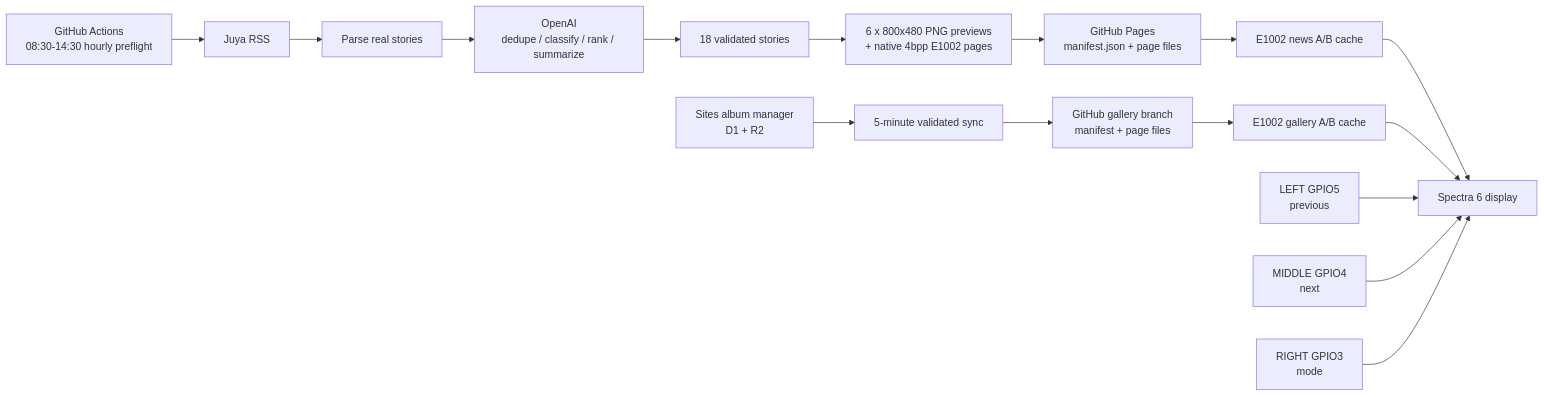
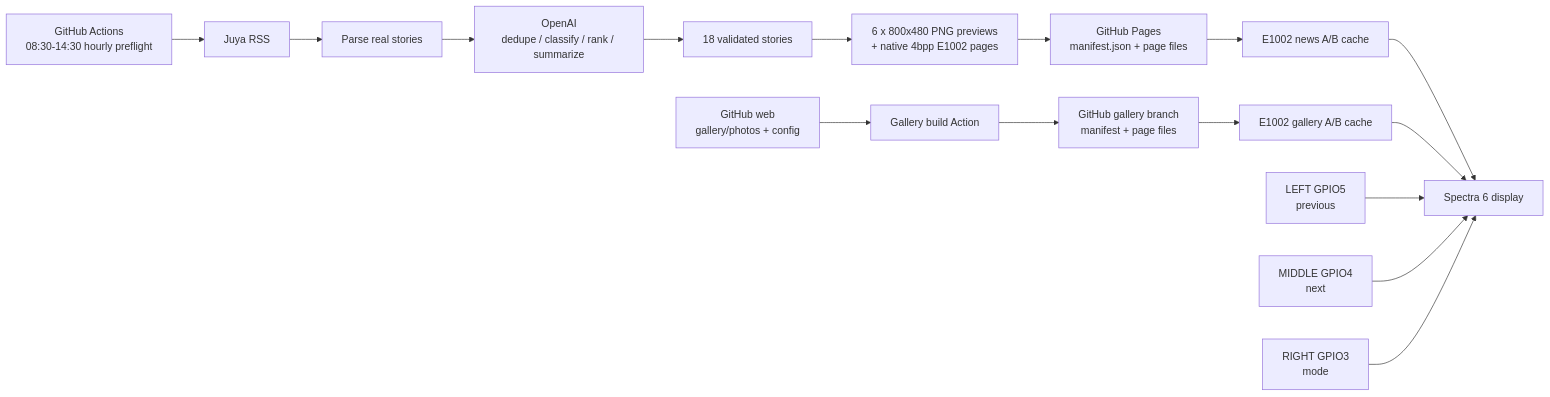
The diagram in README.md (hunter118/e1002-ai-news), drawn with Mermaid before and after one commit. The commit also changed other lines of this file and 10 other files, not shown here.

Commit message:
Move gallery management to GitHub

````diff
--- a/README.md
+++ b/README.md
@@ -7,18 +7,18 @@
 ```mermaid
 flowchart LR
     A[GitHub Actions<br>08:30-14:30 hourly preflight] --> B[Juya RSS]
     B --> C[Parse real stories]
     C --> D[OpenAI<br>dedupe / classify / rank / summarize]
     D --> E[18 validated stories]
     E --> F[6 x 800x480 PNG previews<br>+ native 4bpp E1002 pages]
     F --> G[GitHub Pages<br>manifest.json + page files]
     G --> H[E1002 news A/B cache]
-    J[Sites album manager<br>D1 + R2] --> K[5-minute validated sync]
+    J[GitHub web<br>gallery/photos + config] --> K[Gallery build Action]
     K --> P[GitHub gallery branch<br>manifest + page files]
     P --> L[E1002 gallery A/B cache]
     H --> I[Spectra 6 display]
     L --> I
     M[LEFT GPIO5<br>previous] --> I
     N[MIDDLE GPIO4<br>next] --> I
     O[RIGHT GPIO3<br>mode] --> I
 ```
````
